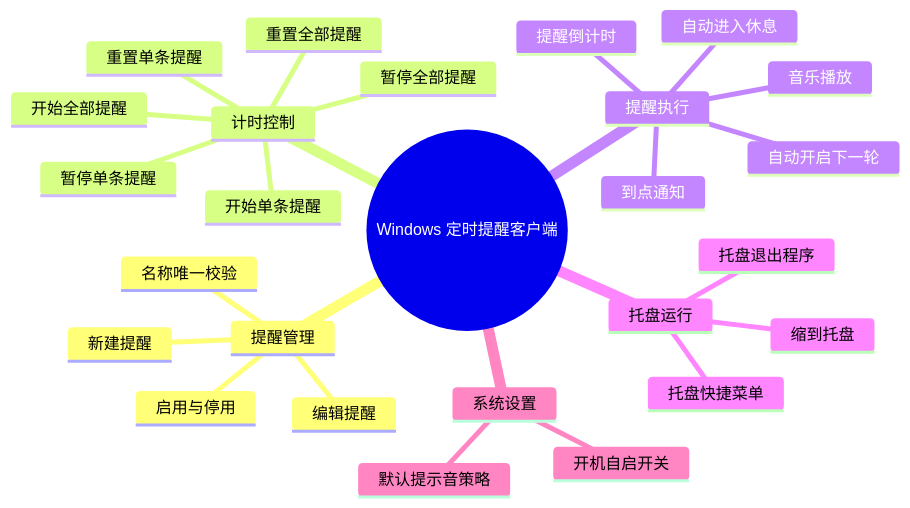
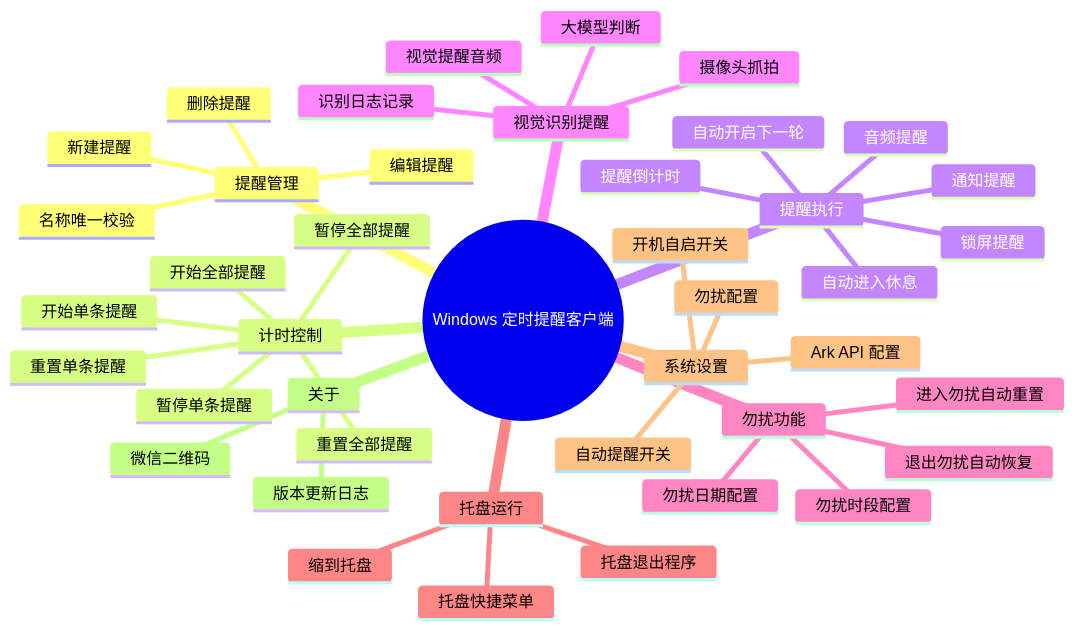
The third of 3 diagrams in .document/AI-PRD.md (xietian-hash/ReminderClient), drawn with Mermaid before and after one commit. The commit also changed other lines of this file and 1 other file, not shown here.

````diff
--- a/.document/AI-PRD.md
+++ b/.document/AI-PRD.md
@@ -234,29 +264,45 @@
 ```mermaid
 mindmap
   root((Windows 定时提醒客户端))
     提醒管理
       新建提醒
       编辑提醒
+      删除提醒
       名称唯一校验
-      启用与停用
     计时控制
       开始单条提醒
       暂停单条提醒
       重置单条提醒
       开始全部提醒
       暂停全部提醒
       重置全部提醒
     提醒执行
       提醒倒计时
-      到点通知
-      音乐播放
+      通知提醒
+      音频提醒
+      锁屏提醒
       自动进入休息
       自动开启下一轮
+    视觉识别提醒
+      摄像头抓拍
+      大模型判断
+      视觉提醒音频
+      识别日志记录
+    勿扰功能
+      勿扰日期配置
+      勿扰时段配置
+      进入勿扰自动重置
+      退出勿扰自动恢复
     托盘运行
       缩到托盘
       托盘快捷菜单
       托盘退出程序
     系统设置
       开机自启开关
-      默认提示音策略
+      自动提醒开关
+      Ark API 配置
+      勿扰配置
+    关于
+      版本更新日志
+      微信二维码
 ```
````
